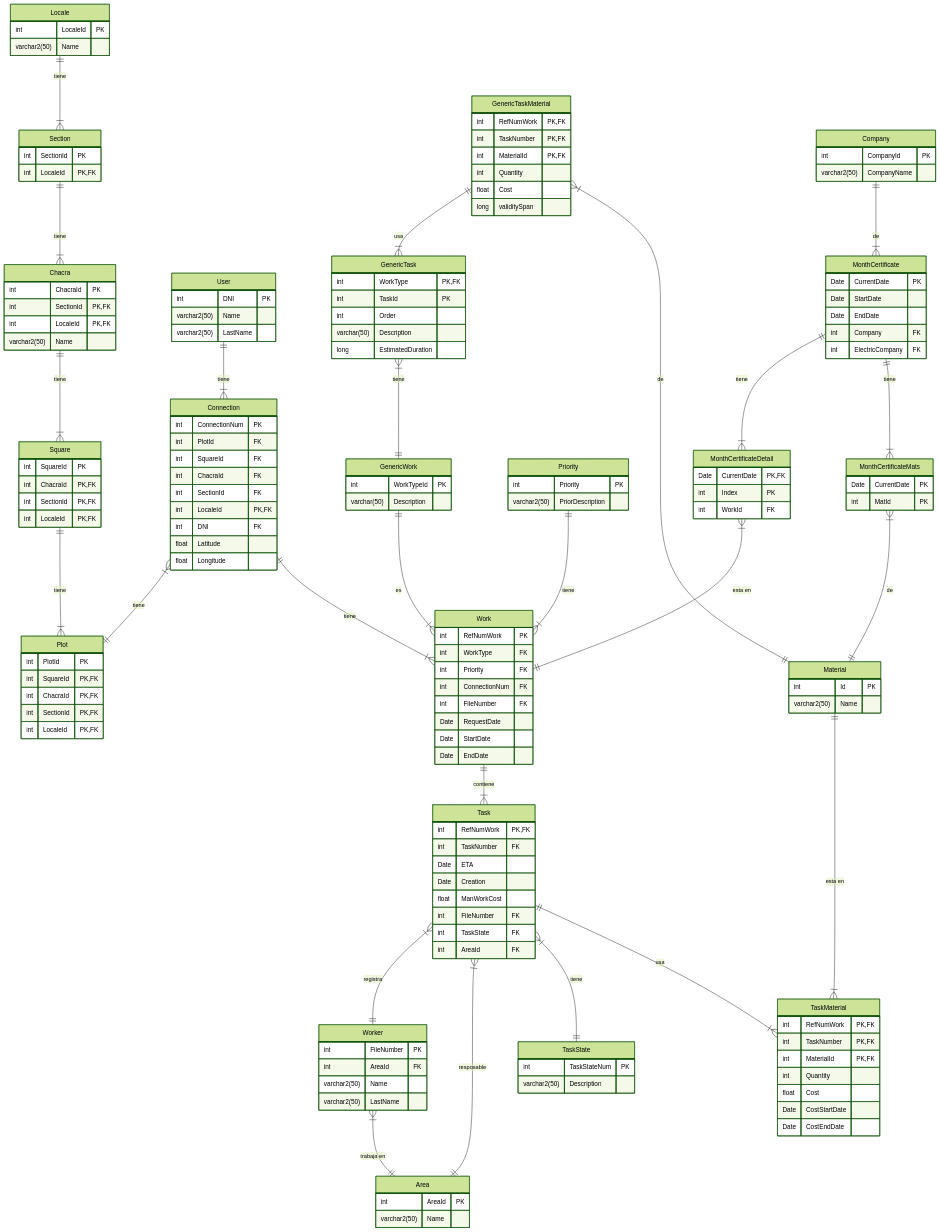
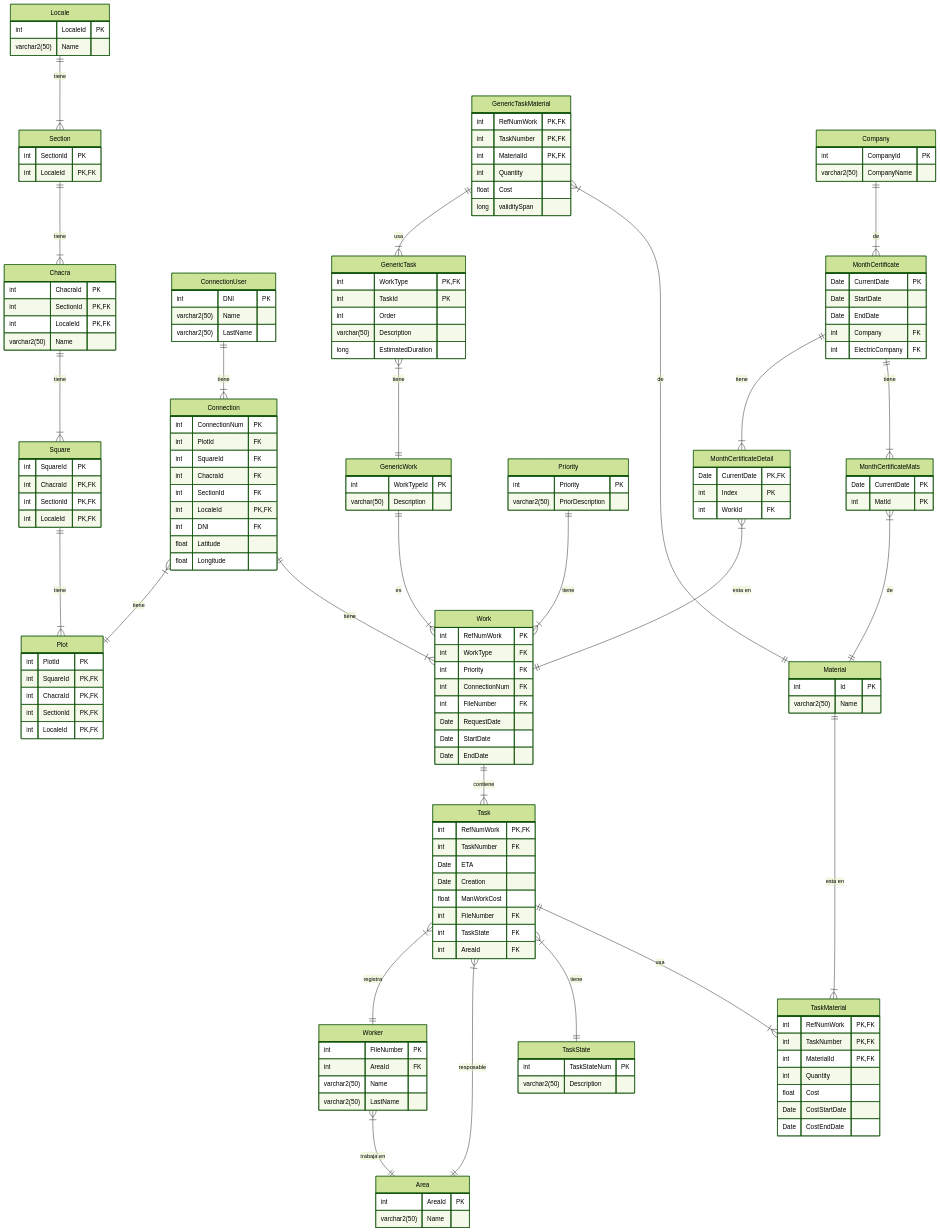
Before and after one commit to Oscar-Wohlfarhrt/TBD-2024-TPI: the diagram in docs/DER.md, drawn with Mermaid (forest theme).

```diff
--- a/docs/DER.md
+++ b/docs/DER.md
@@ -42,7 +42,7 @@
         float Latitude
 		float Longitude
 	}
-    User{
+    ConnectionUser{
         int DNI PK
         varchar2(50) Name
         varchar2(50) LastName
@@ -162,7 +162,7 @@
 	Task ||--|{ TaskMaterial : usa
 	Material ||--|{ TaskMaterial : "esta en"
     Priority ||--|{ Work : "tiene"
-    User ||--|{ Connection : "tiene"
+    ConnectionUser ||--|{ Connection : "tiene"
 
 	GenericWork ||--|{ Work : "es"
 	GenericTask }|--|| GenericWork : "tiene"
```
